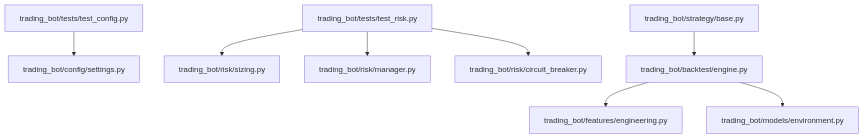
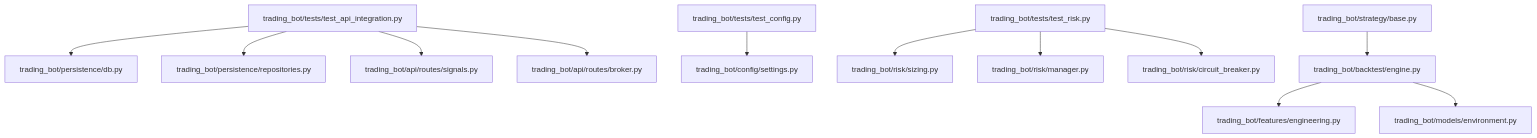
Before and after one commit to cavraeg-eng/Trading-App: the first of 13 diagrams in .qoder/repowiki/en/content/Testing Strategy.md, drawn with Mermaid. The commit also changed other lines of this file and 138 other files, not shown here.

First line of the commit message:
feat(LiveTrading): add MT5-style chart overlay for entry/SL/TP levels

````diff
--- a/.qoder/repowiki/en/content/Testing Strategy.md
+++ b/.qoder/repowiki/en/content/Testing Strategy.md
@@ -39,10 +60,14 @@
 ```mermaid
 graph TB
-A["trading_bot/tests/test_config.py"] --> B["trading_bot/config/settings.py"]
-C["trading_bot/tests/test_risk.py"] --> D["trading_bot/risk/sizing.py"]
-C --> E["trading_bot/risk/manager.py"]
-C --> F["trading_bot/risk/circuit_breaker.py"]
-G["trading_bot/backtest/engine.py"] --> H["trading_bot/features/engineering.py"]
-G --> I["trading_bot/models/environment.py"]
-J["trading_bot/strategy/base.py"] --> G
+A["trading_bot/tests/test_api_integration.py"] --> B["trading_bot/persistence/db.py"]
+A --> C["trading_bot/persistence/repositories.py"]
+A --> D["trading_bot/api/routes/signals.py"]
+A --> E["trading_bot/api/routes/broker.py"]
+F["trading_bot/tests/test_config.py"] --> G["trading_bot/config/settings.py"]
+H["trading_bot/tests/test_risk.py"] --> I["trading_bot/risk/sizing.py"]
+H --> J["trading_bot/risk/manager.py"]
+H --> K["trading_bot/risk/circuit_breaker.py"]
+L["trading_bot/backtest/engine.py"] --> M["trading_bot/features/engineering.py"]
+L --> N["trading_bot/models/environment.py"]
+O["trading_bot/strategy/base.py"] --> L
 ```
````
